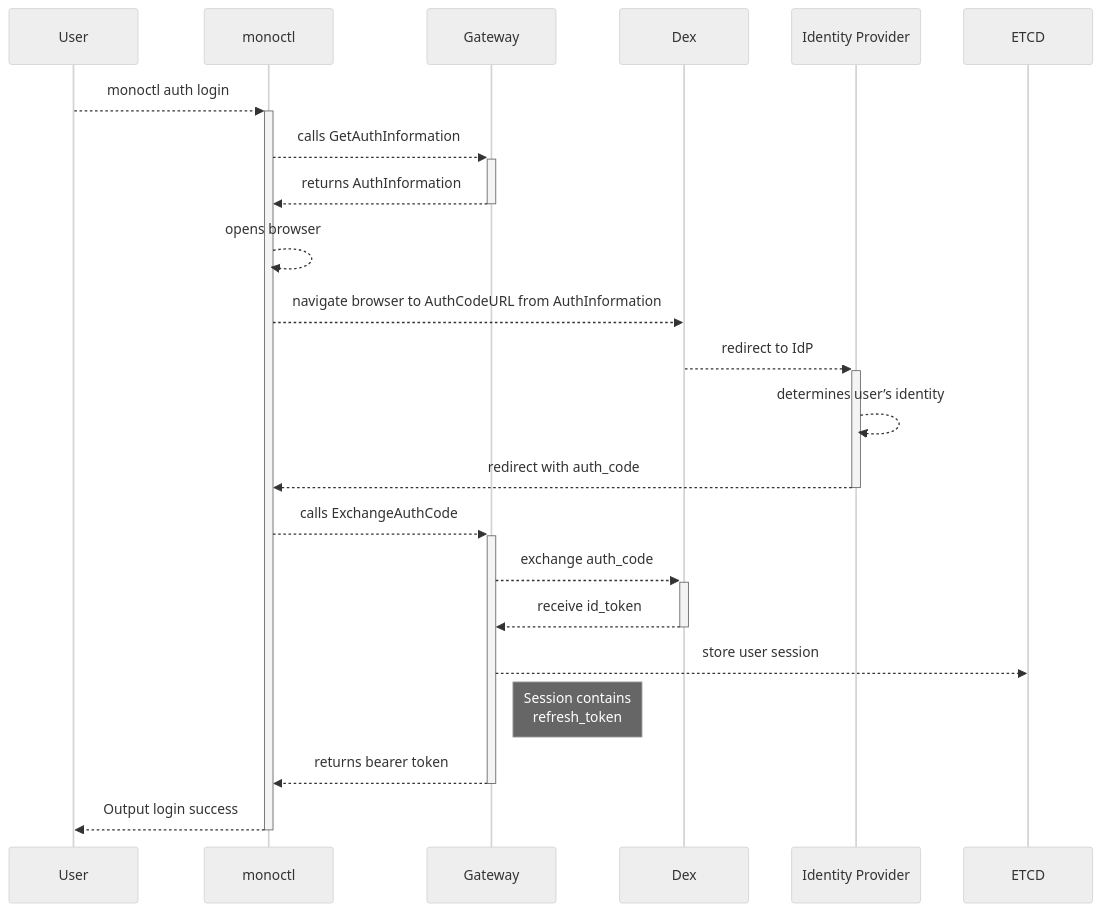
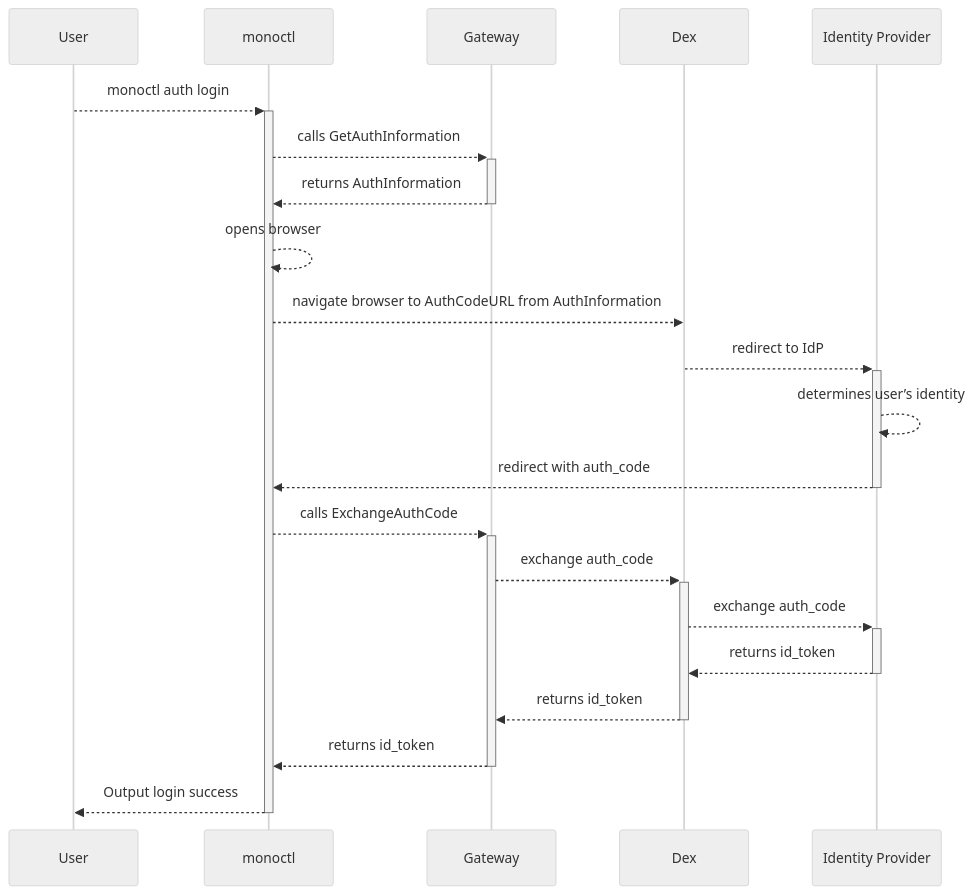
One commit to finleap-connect/monoskope changed the diagram in docs/flow-charts/sd-monoctl-auth.mmd. Above: the diagram before and after it, drawn with Mermaid (neutral theme). The commit also changed 3 other files, not shown here.

Commit message:
Update diagrams

```diff
--- a/docs/flow-charts/sd-monoctl-auth.mmd
+++ b/docs/flow-charts/sd-monoctl-auth.mmd
@@ -1,22 +1,21 @@
 sequenceDiagram
     participant U as User
     participant M as monoctl
     participant G as Gateway
     participant D as Dex
     participant I as Identity Provider
-    participant E as ETCD
     U-->>+M: monoctl auth login
     M-->>+G: calls GetAuthInformation
     G-->>-M: returns AuthInformation
     M-->>M: opens browser
     M-->>D: navigate browser to AuthCodeURL from AuthInformation
     D-->>+I: redirect to IdP
     I-->>I: determines user’s identity
     I-->>-M: redirect with auth_code
     M-->>+G: calls ExchangeAuthCode
     G-->>+D: exchange auth_code
-    D-->>-G: receive id_token
-    G-->>E: store user session
-    Note right of G: Session contains<br>refresh_token
-    G-->>-M: returns bearer token
+    D-->>+I: exchange auth_code
+    I-->>-D: returns id_token
+    D-->>-G: returns id_token
+    G-->>-M: returns id_token
     M-->>-U: Output login success
```
